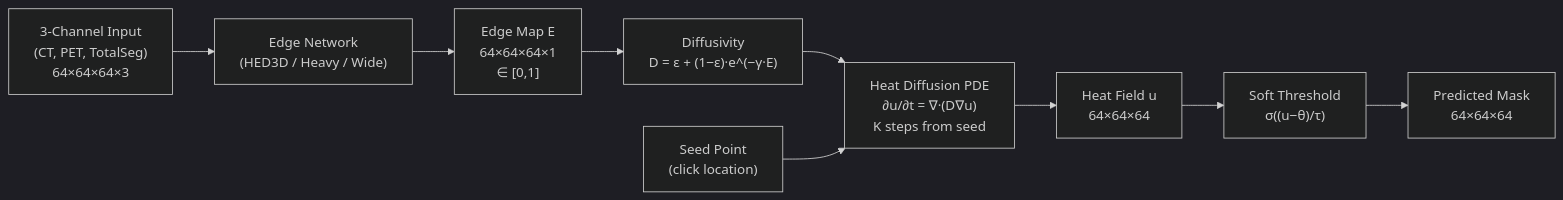
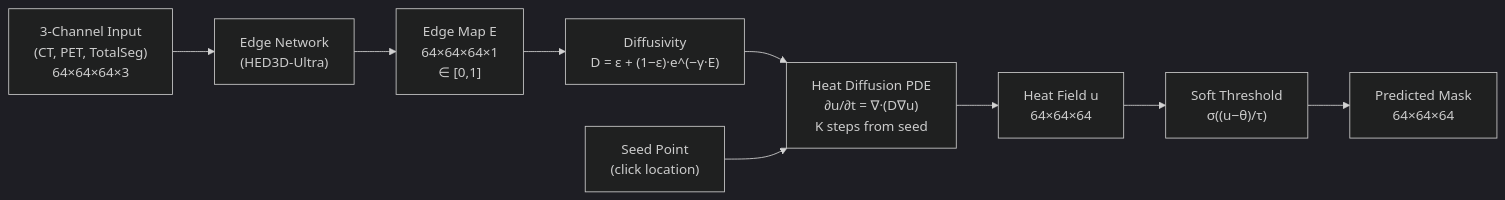
One commit to JuliaHealth/MedEye3d.jl changed the diagram in docs/heat_gdt_integration.md. Above: the diagram before and after it, drawn with Mermaid (dark theme). The commit also changed other lines of this file and 480 other files, not shown here.

````diff
--- a/docs/heat_gdt_integration.md
+++ b/docs/heat_gdt_integration.md
@@ -11,11 +11,11 @@
 ```mermaid
 flowchart LR
-    A["3-Channel Input\n(CT, PET, TotalSeg)\n64×64×64×3"] --> B["Edge Network\n(HED3D / Heavy / Wide)"]
+    A["3-Channel Input\n(CT, PET, TotalSeg)\n64×64×64×3"] --> B["Edge Network\n(HED3D-Ultra)"]
     B --> C["Edge Map E\n64×64×64×1\n∈ [0,1]"]
     C --> D["Diffusivity\nD = ε + (1−ε)·e^(−γ·E)"]
     D --> E["Heat Diffusion PDE\n∂u/∂t = ∇·(D∇u)\nK steps from seed"]
     F["Seed Point\n(click location)"] --> E
     E --> G["Heat Field u\n64×64×64"]
     G --> H["Soft Threshold\nσ((u−θ)/τ)"]
     H --> I["Predicted Mask\n64×64×64"]
 ```
````
